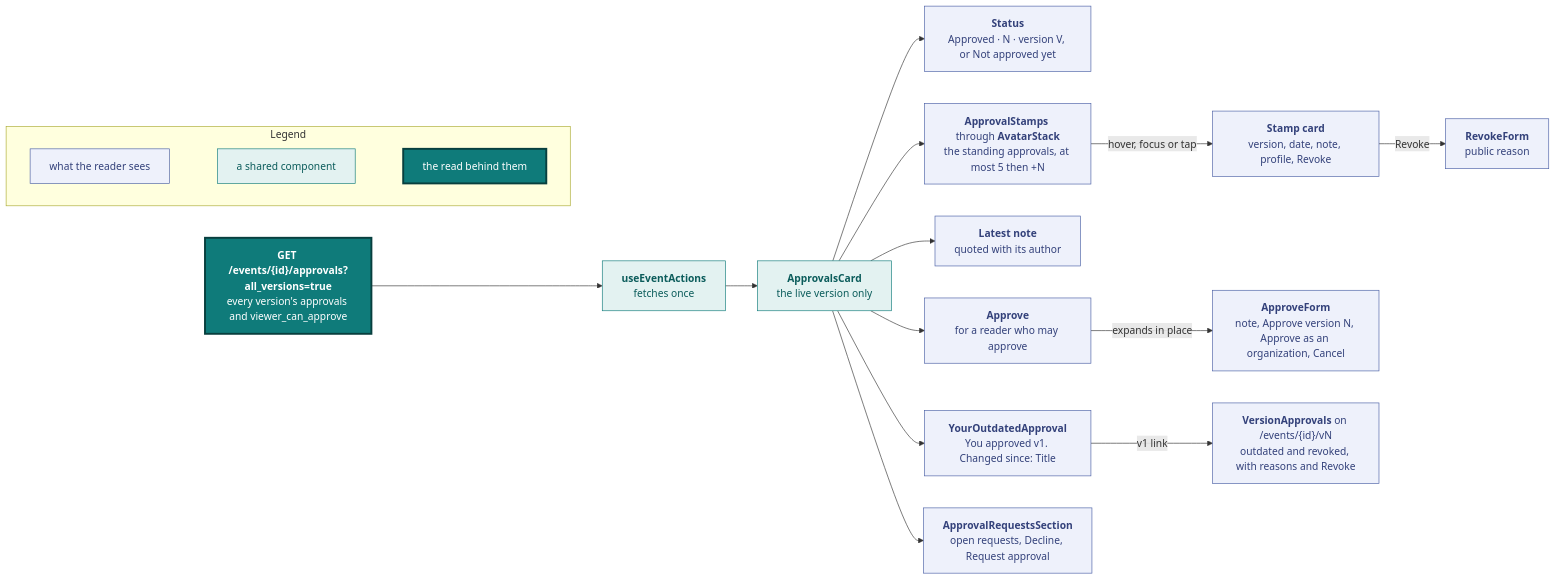
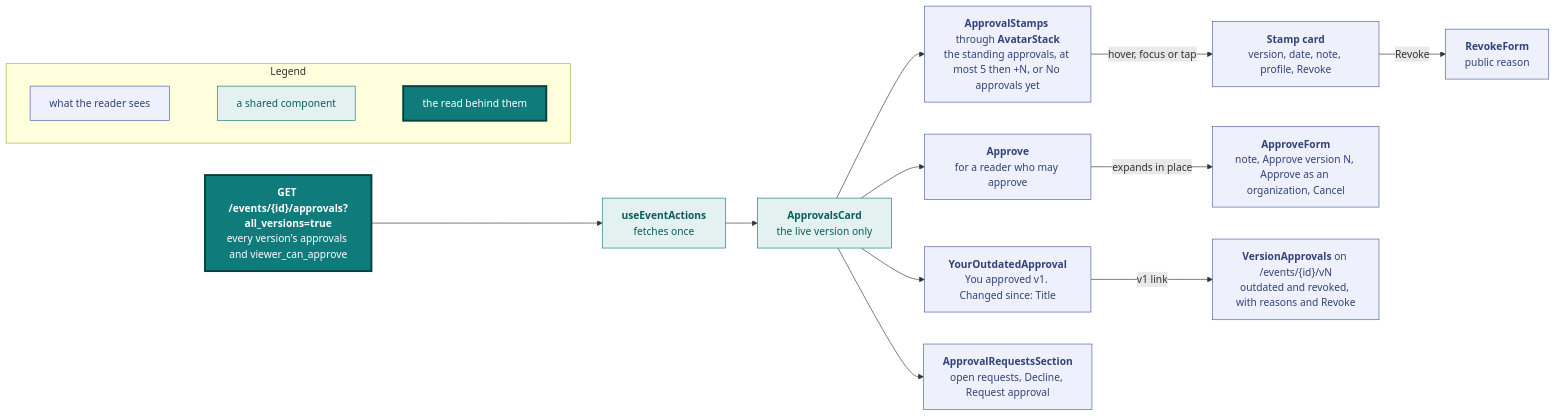
One commit to vidithq/vidit changed the fifth of 10 diagrams in docs/design.md. Above: the diagram before and after it, drawn with Mermaid. The commit also changed other lines of this file and 4 other files, not shown here.

First line of the commit message:
feat: drop the Approvals card's status pill and note quote

````diff
--- a/docs/design.md
+++ b/docs/design.md
@@ -534,53 +534,47 @@
 ```mermaid
 flowchart LR
   classDef spec fill:#eef1fb,stroke:#4a5fa5,color:#33417a
   classDef shared fill:#e3f2f1,stroke:#0f7b7a,color:#0b5c5b
   classDef core fill:#0f7b7a,stroke:#083f3e,stroke-width:3px,color:#ffffff
 
   subgraph legend [Legend]
     direction LR
     l1["`what the reader sees`"]:::spec
     l2["`a shared component`"]:::shared
     l3["`the read behind them`"]:::core
     l1 ~~~ l2 ~~~ l3
   end
 
   read["`**GET /events/{id}/approvals?all_versions=true**
   every version's approvals and viewer_can_approve`"]:::core
   hook["`**useEventActions**
   fetches once`"]:::shared
   card["`**ApprovalsCard**
   the live version only`"]:::shared
-  status["`**Status**
-  Approved · N · version V, or Not approved yet`"]:::spec
   stamps["`**ApprovalStamps** through **AvatarStack**
-  the standing approvals, at most 5 then +N`"]:::spec
+  the standing approvals, at most 5 then +N, or No approvals yet`"]:::spec
   stampcard["`**Stamp card**
   version, date, note, profile, Revoke`"]:::spec
   revoke["`**RevokeForm**
   public reason`"]:::spec
-  note["`**Latest note**
-  quoted with its author`"]:::spec
   own["`**YourOutdatedApproval**
   You approved v1. Changed since: Title`"]:::spec
   approve["`**Approve**
   for a reader who may approve`"]:::spec
   form["`**ApproveForm**
   note, Approve version N, Approve as an organization, Cancel`"]:::spec
   requests["`**ApprovalRequestsSection**
   open requests, Decline, Request approval`"]:::spec
   vn["`**VersionApprovals** on /events/{id}/vN
   outdated and revoked, with reasons and Revoke`"]:::spec
 
   read --> hook --> card
-  card --> status
   card --> stamps
-  card --> note
   card --> own
   card --> approve
   card --> requests
   stamps -->|"hover, focus or tap"| stampcard
   stampcard -->|"Revoke"| revoke
   approve -->|"expands in place"| form
   own -->|"v1 link"| vn
 ```
````
